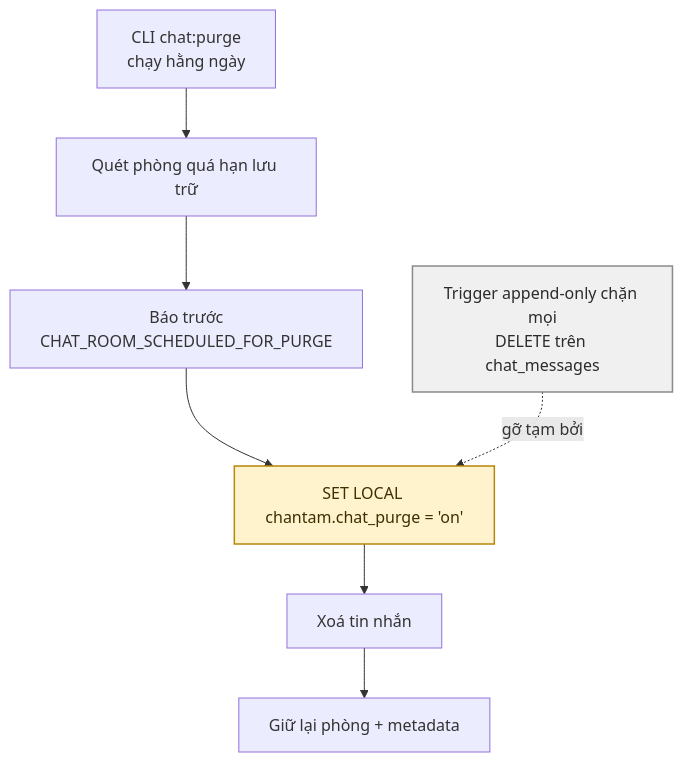
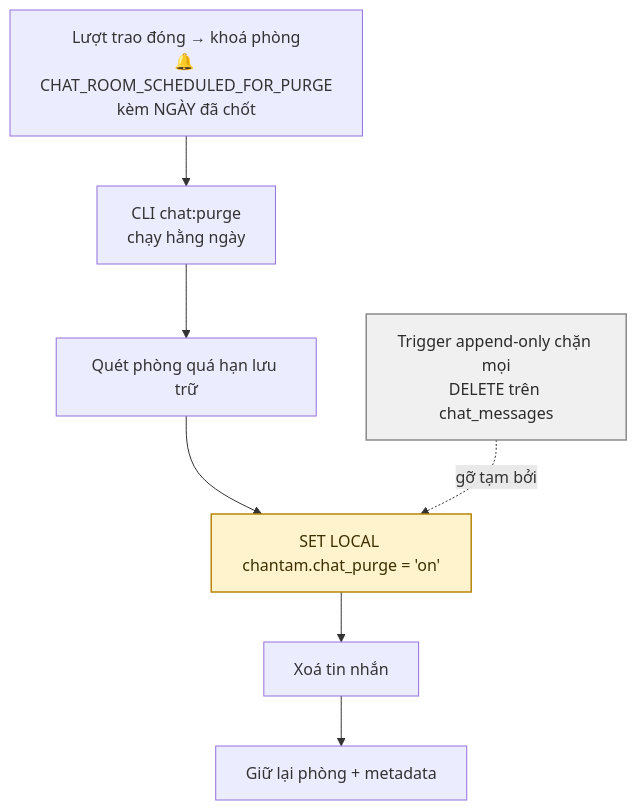
The sixth of 6 diagrams in docs/diagram/09-chat.md (fdshn/trueheart), drawn with Mermaid before and after one commit. The commit also changed other lines of this file and 26 other files, not shown here.

````diff
--- a/docs/diagram/09-chat.md
+++ b/docs/diagram/09-chat.md
@@ -74,13 +160,13 @@
 ```mermaid
 flowchart TD
+    Z["Lượt trao đóng → khoá phòng<br/>🔔 CHAT_ROOM_SCHEDULED_FOR_PURGE<br/>kèm NGÀY đã chốt"] --> A
     A[CLI chat:purge<br/>chạy hằng ngày] --> B[Quét phòng quá hạn lưu trữ]
-    B --> C[Báo trước<br/>CHAT_ROOM_SCHEDULED_FOR_PURGE]
-    C --> D["SET LOCAL chantam.chat_purge = 'on'"]
+    B --> D["SET LOCAL chantam.chat_purge = 'on'"]
     D --> E[Xoá tin nhắn]
     E --> F[Giữ lại phòng + metadata]
 
     G["Trigger append-only chặn mọi<br/>DELETE trên chat_messages"] -.gỡ tạm bởi.-> D
 
     style D fill:#fff3cd,stroke:#b8860b,stroke-width:1.5px,color:#3d2f00
     style G fill:#f0f0f0,stroke:#8a8a8a,stroke-width:1.5px,color:#2b2b2b
 ```
````
